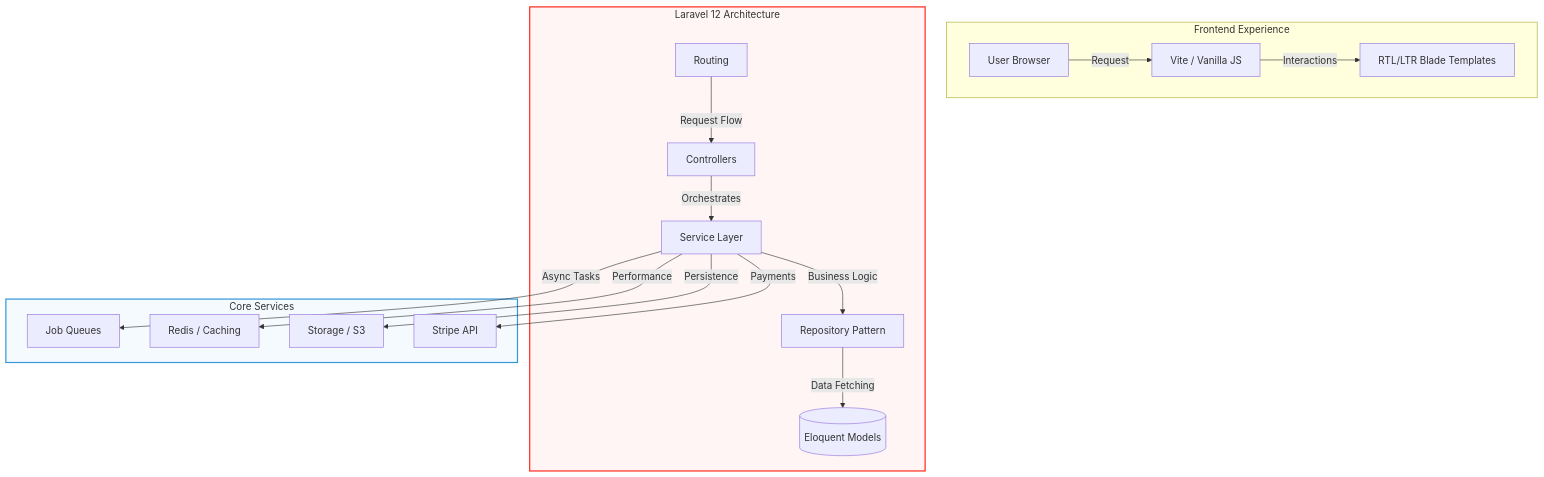
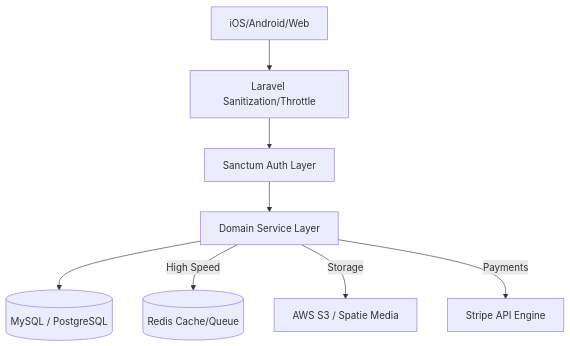
One commit to yassinds22/ecommerce-perfumes changed the diagram in README.md. Above: the diagram before and after it, drawn with Mermaid. The commit also changed other lines of this file and 53 other files, not shown here.

````diff
--- a/README.md
+++ b/README.md
@@ -19,24 +26,10 @@
 ```mermaid
 graph TD
-    subgraph Client_Layer [Frontend Experience]
-        A[User Browser] -- Request --> B[Vite / Vanilla JS]
-        B -- Interactions --> C[RTL/LTR Blade Templates]
-    end
-
-    subgraph App_Layer [Laravel 12 Architecture]
-        D[Routing] -- Request Flow --> E[Controllers]
-        E -- Orchestrates --> F[Service Layer]
-        F -- Business Logic --> G[Repository Pattern]
-        G -- Data Fetching --> H[(Eloquent Models)]
-    end
-
-    subgraph Infrastructure_Layer [Core Services]
-        F -- Async Tasks --> I[Job Queues]
-        F -- Performance --> J[Redis / Caching]
-        F -- Persistence --> K[Storage / S3]
-        F -- Payments --> L[Stripe API]
-    end
-
-    style App_Layer fill:#fff5f5,stroke:#ff2d20,stroke-width:2px
-    style Infrastructure_Layer fill:#f5faff,stroke:#3498db,stroke-width:2px
+    Client[iOS/Android/Web] --> Gate[Laravel Sanitization/Throttle]
+    Gate --> Auth[Sanctum Auth Layer]
+    Auth --> Service[Domain Service Layer]
+    Service --> Persistence[(MySQL / PostgreSQL)]
+    Service -- High Speed --> Redis[(Redis Cache/Queue)]
+    Service -- Storage --> S3[AWS S3 / Spatie Media]
+    Service -- Payments --> Stripe[Stripe API Engine]
 ```
````
